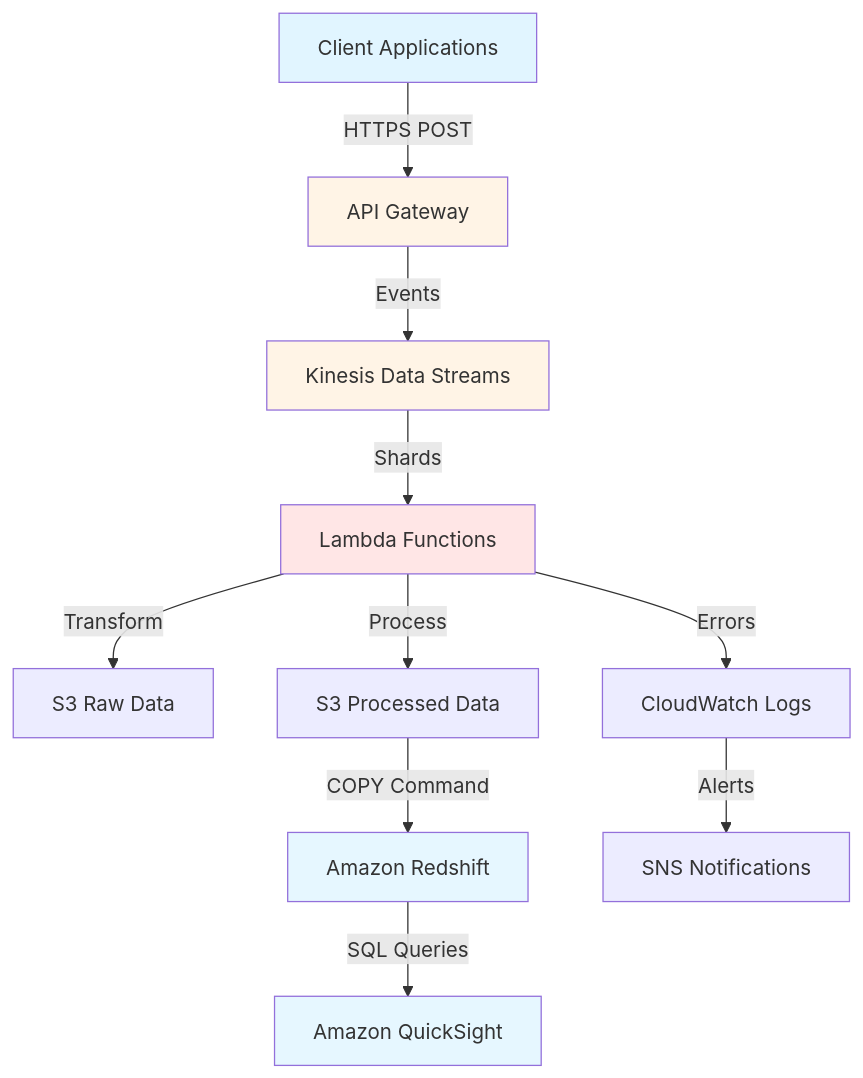
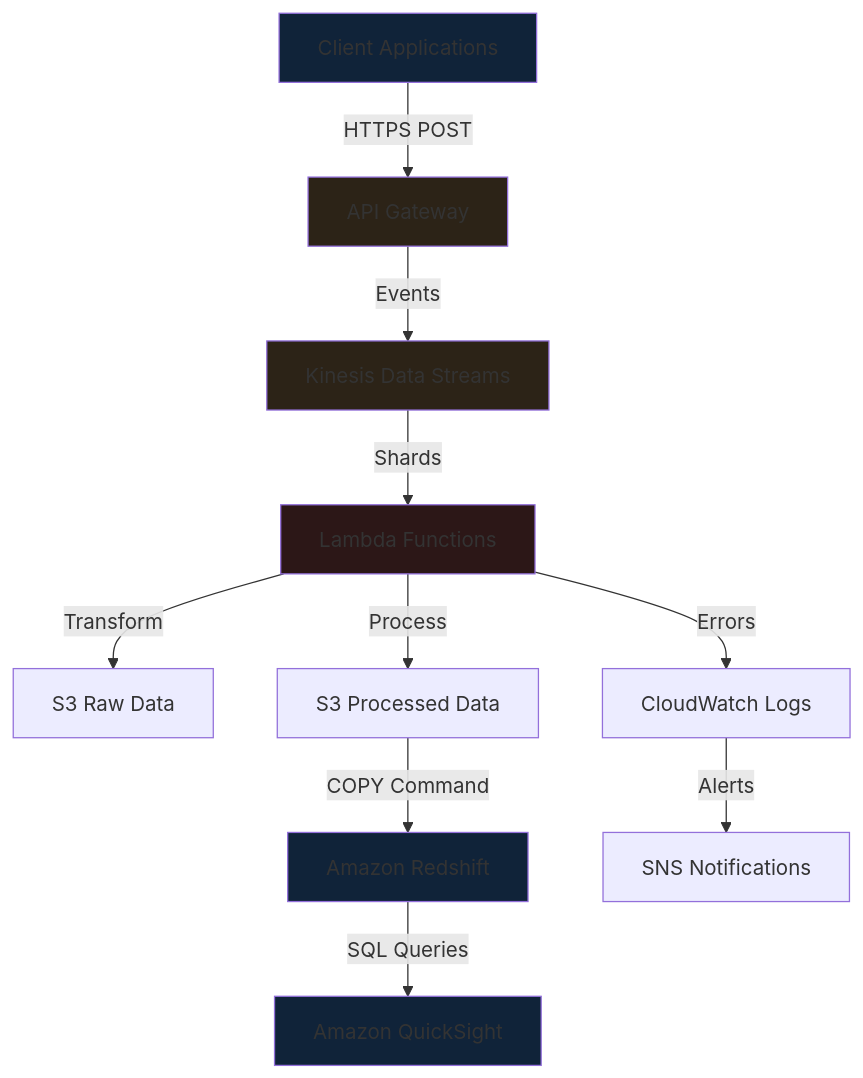
One commit to quangphu1912/quangphu1912.github.io changed the diagram in _projects/aws-pipeline.md. Above: the diagram before and after it, drawn with Mermaid. The commit also changed 2 other files, not shown here.

Commit message:
fix: mermaid diagrams use dark fills (restore dark-theme intent)

````diff
--- a/_projects/aws-pipeline.md
+++ b/_projects/aws-pipeline.md
@@ -27,19 +27,19 @@
 ```mermaid
 graph TD
     A[Client Applications] -->|HTTPS POST| B[API Gateway]
     B -->|Events| C[Kinesis Data Streams]
     C -->|Shards| D[Lambda Functions]
     D -->|Transform| E[S3 Raw Data]
     D -->|Process| F[S3 Processed Data]
     F -->|COPY Command| G[Amazon Redshift]
     G -->|SQL Queries| H[Amazon QuickSight]
     D -->|Errors| I[CloudWatch Logs]
     I -->|Alerts| J[SNS Notifications]
 
-    style A fill:#e1f5ff
-    style B fill:#fff4e6
-    style C fill:#fff4e6
-    style D fill:#ffe6e6
-    style G fill:#e6f7ff
-    style H fill:#e6f7ff
+    style A fill:#102339
+    style B fill:#2c2317
+    style C fill:#2c2317
+    style D fill:#2c1717
+    style G fill:#102339
+    style H fill:#102339
 ```
````
